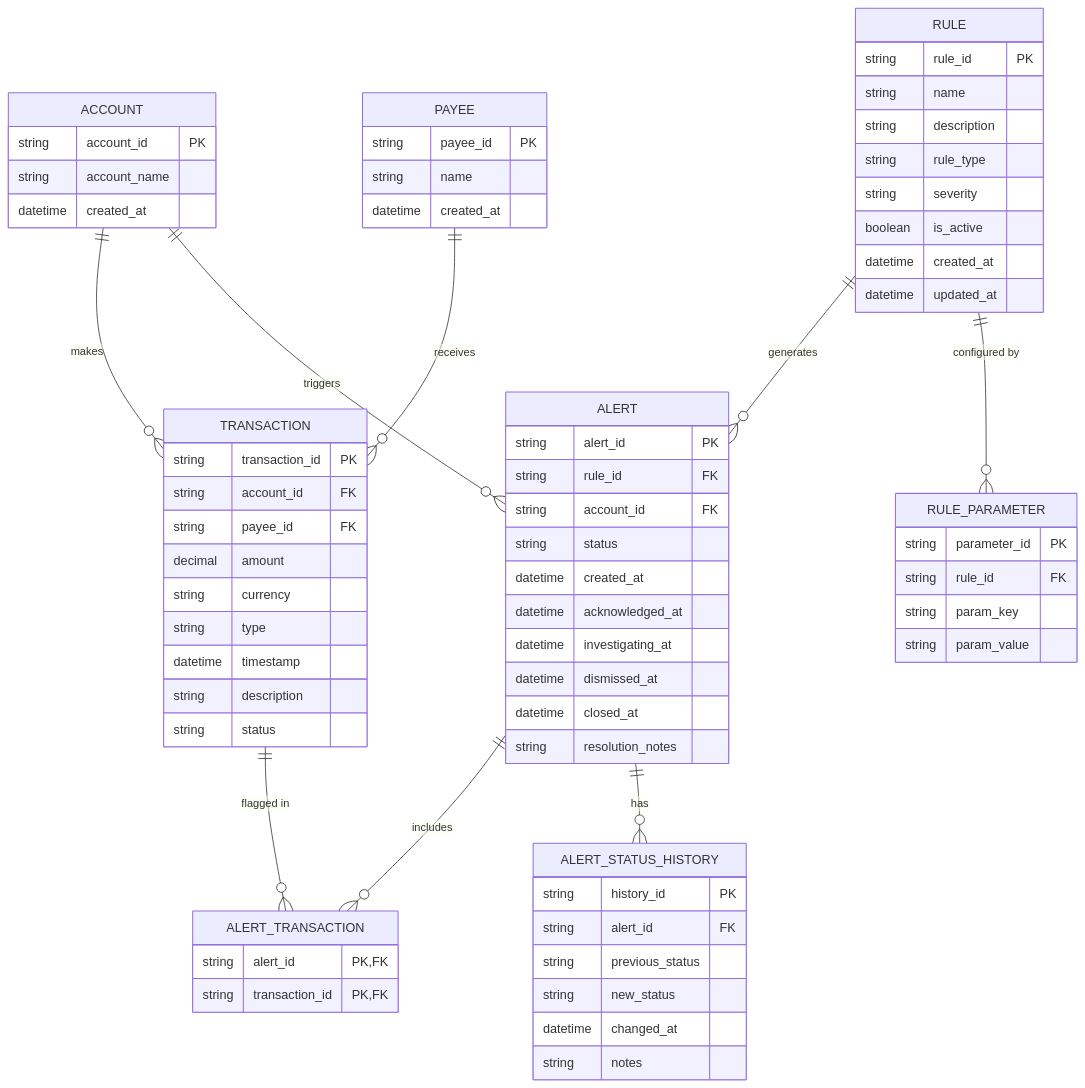
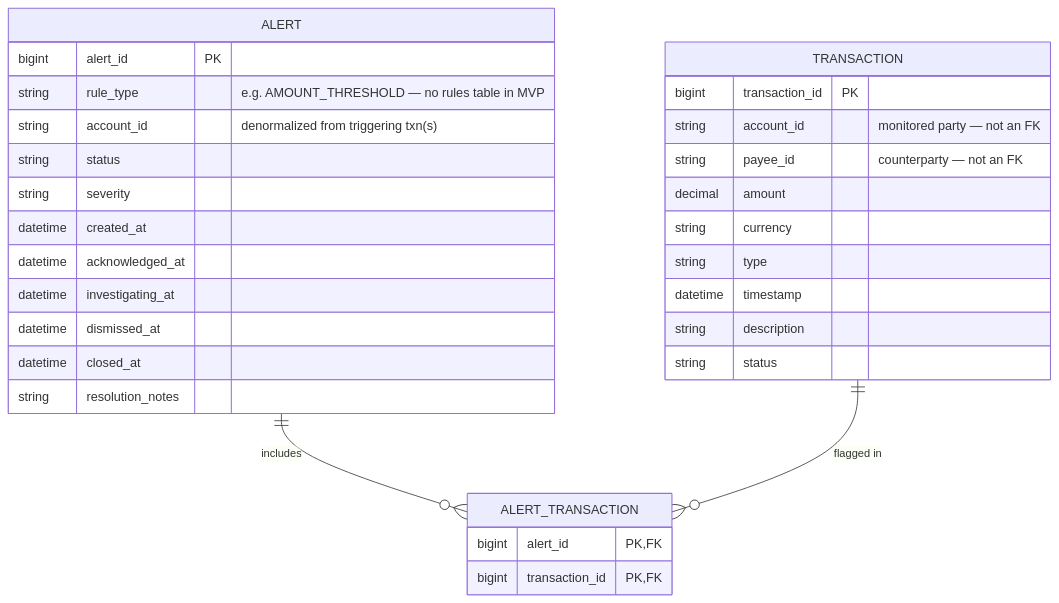
Before and after one commit to IamUsike/democd: the diagram in docs/transaction monitoring er diagram.mmd, drawn with Mermaid. The commit also changed 5 other files, not shown here.

Commit message:
docs: align ERD and schema with denormalized account/payee IDs

```diff
--- a/docs/transaction monitoring er diagram.mmd
+++ b/docs/transaction monitoring er diagram.mmd
@@ -1,78 +1,34 @@
 erDiagram
-    ACCOUNT ||--o{ TRANSACTION : "makes"
-    PAYEE ||--o{ TRANSACTION : "receives"
-    ACCOUNT ||--o{ ALERT : "triggers"
-    RULE ||--o{ ALERT : "generates"
-    RULE ||--o{ RULE_PARAMETER : "configured by"
     ALERT ||--o{ ALERT_TRANSACTION : "includes"
     TRANSACTION ||--o{ ALERT_TRANSACTION : "flagged in"
-    ALERT ||--o{ ALERT_STATUS_HISTORY : "has"
-
-    ACCOUNT {
-        string account_id PK
-        string account_name
-        datetime created_at
-    }
-
-    PAYEE {
-        string payee_id PK
-        string name
-        datetime created_at
-    }
 
     TRANSACTION {
-        string transaction_id PK
-        string account_id FK
-        string payee_id FK
+        bigint transaction_id PK
+        string account_id "monitored party — not an FK"
+        string payee_id "counterparty — not an FK"
         decimal amount
         string currency
         string type
         datetime timestamp
         string description
         string status
     }
 
-    RULE {
-        string rule_id PK
-        string name
-        string description
-        string rule_type
+    ALERT {
+        bigint alert_id PK
+        string rule_type "e.g. AMOUNT_THRESHOLD — no rules table in MVP"
+        string account_id "denormalized from triggering txn(s)"
+        string status
         string severity
-        boolean is_active
-        datetime created_at
-        datetime updated_at
-    }
-
-    RULE_PARAMETER {
-        string parameter_id PK
-        string rule_id FK
-        string param_key
-        string param_value
-    }
-
-    ALERT {
-        string alert_id PK
-        string rule_id FK
-        string account_id FK
-        string status
         datetime created_at
         datetime acknowledged_at
         datetime investigating_at
         datetime dismissed_at
         datetime closed_at
         string resolution_notes
     }
 
     ALERT_TRANSACTION {
-        string alert_id PK, FK
-        string transaction_id PK, FK
+        bigint alert_id PK, FK
+        bigint transaction_id PK, FK
     }
-
-    ALERT_STATUS_HISTORY {
-        string history_id PK
-        string alert_id FK
-        string previous_status
-        string new_status
-        datetime changed_at
-        string notes
-    }
```
